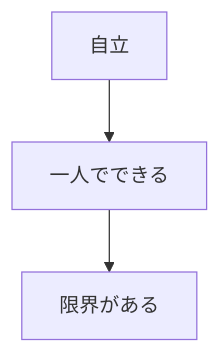
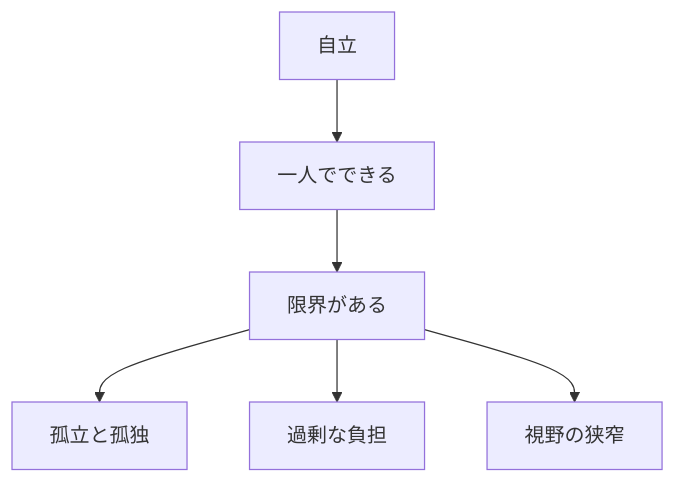
One commit to tndg16-bot/portfolio-site changed the third of 4 diagrams in content/blog/301-dependence-independence-interdependence.md. Above: the diagram before and after it, drawn with Mermaid. The commit also changed other lines of this file and 4 other files, not shown here.

````diff
--- a/content/blog/301-dependence-independence-interdependence.md
+++ b/content/blog/301-dependence-independence-interdependence.md
@@ -52,5 +62,8 @@
 ```mermaid
 graph TD
     A[自立] --> B[一人でできる]
     B --> C[限界がある]
+    C --> D[孤立と孤独]
+    C --> E[過剰な負担]
+    C --> F[視野の狭窄]
 ```
````
